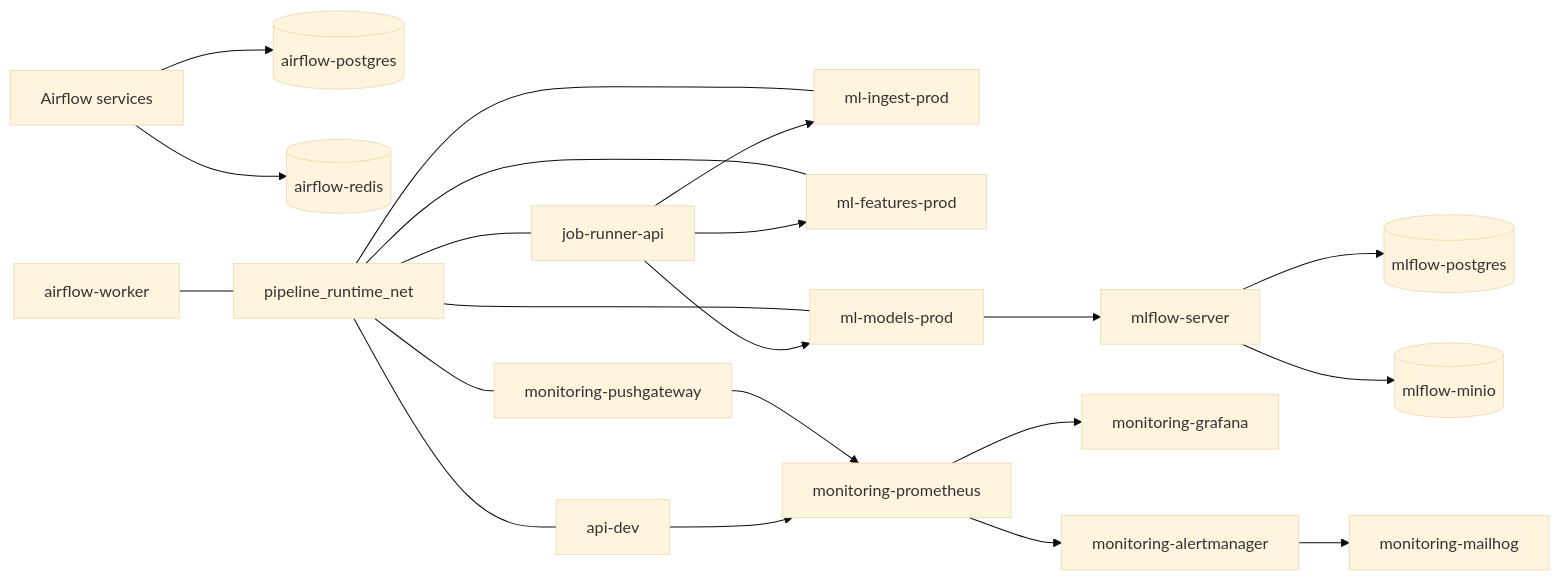
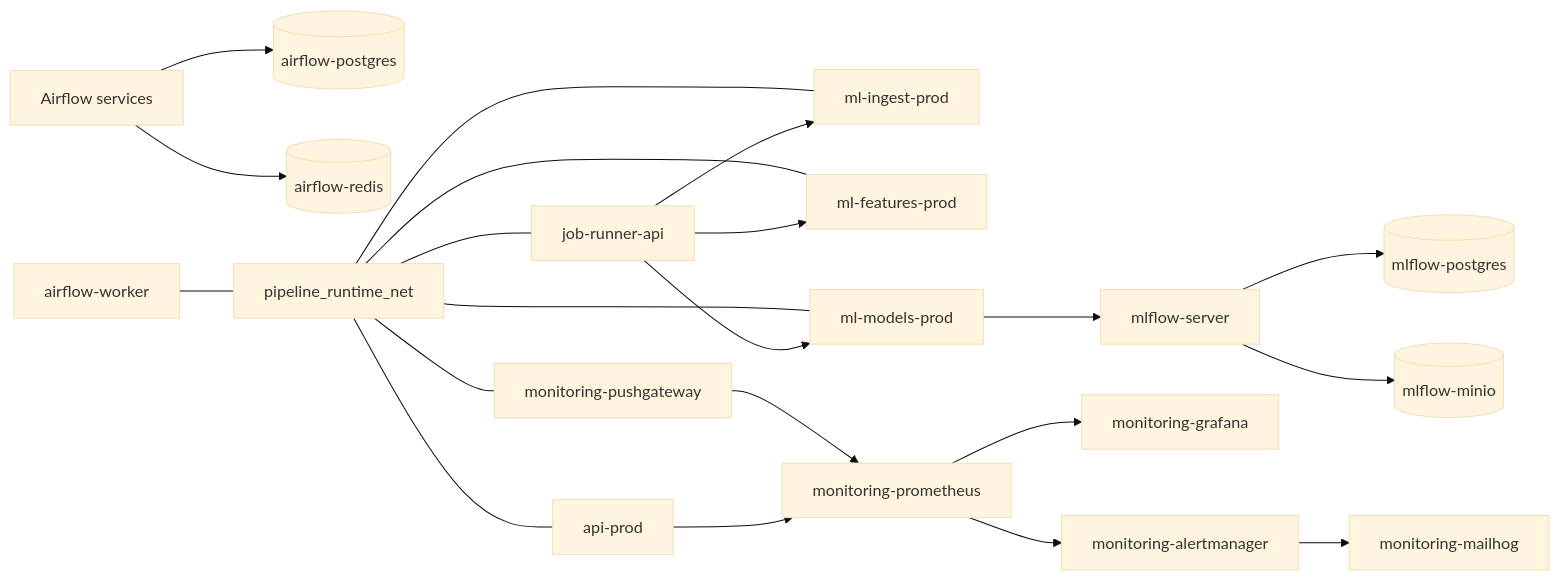
The diagram in docs/architecture-references/local-prod-network-topology.md (zheddhe/avr25-mle-trafic-cycliste), drawn with Mermaid (base theme) before and after one commit. The commit also changed other lines of this file, not shown here.

Commit message:
docs: rename prod API service in topology

````diff
--- a/docs/architecture-references/local-prod-network-topology.md
+++ b/docs/architecture-references/local-prod-network-topology.md
@@ -125,26 +125,26 @@
 ```mermaid
 flowchart LR
     airflow[Airflow services] --> airflow_db[(airflow-postgres)]
     airflow --> airflow_redis[(airflow-redis)]
     airflow_worker[airflow-worker] --- pipeline[pipeline_runtime_net]
 
     pipeline --- runner[job-runner-api]
-    pipeline --- api[api-dev]
+    pipeline --- api[api-prod]
     pipeline --- ingest[ml-ingest-prod]
     pipeline --- features[ml-features-prod]
     pipeline --- models[ml-models-prod]
     pipeline --- pushgateway[monitoring-pushgateway]
 
     runner --> ingest
     runner --> features
     runner --> models
     models --> mlflow[mlflow-server]
     mlflow --> mlflow_db[(mlflow-postgres)]
     mlflow --> minio[(mlflow-minio)]
 
     pushgateway --> prometheus[monitoring-prometheus]
     api --> prometheus
     prometheus --> grafana[monitoring-grafana]
     prometheus --> alertmanager[monitoring-alertmanager]
     alertmanager --> mailhog[monitoring-mailhog]
 ```
````
